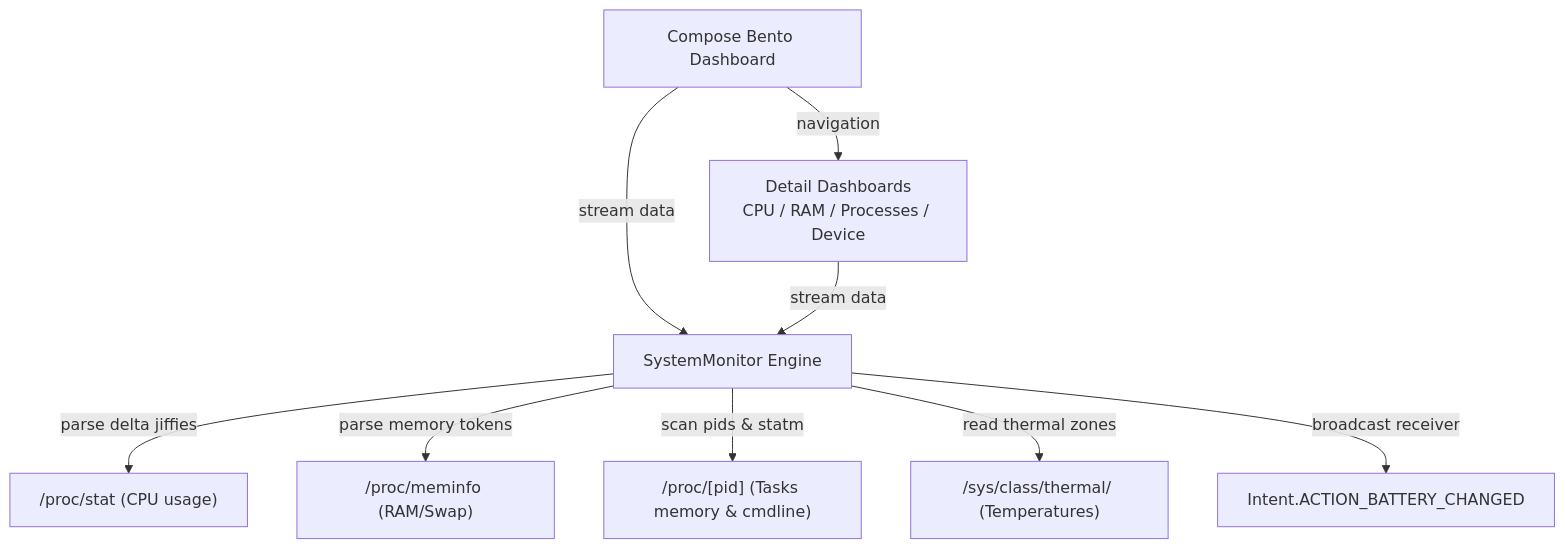
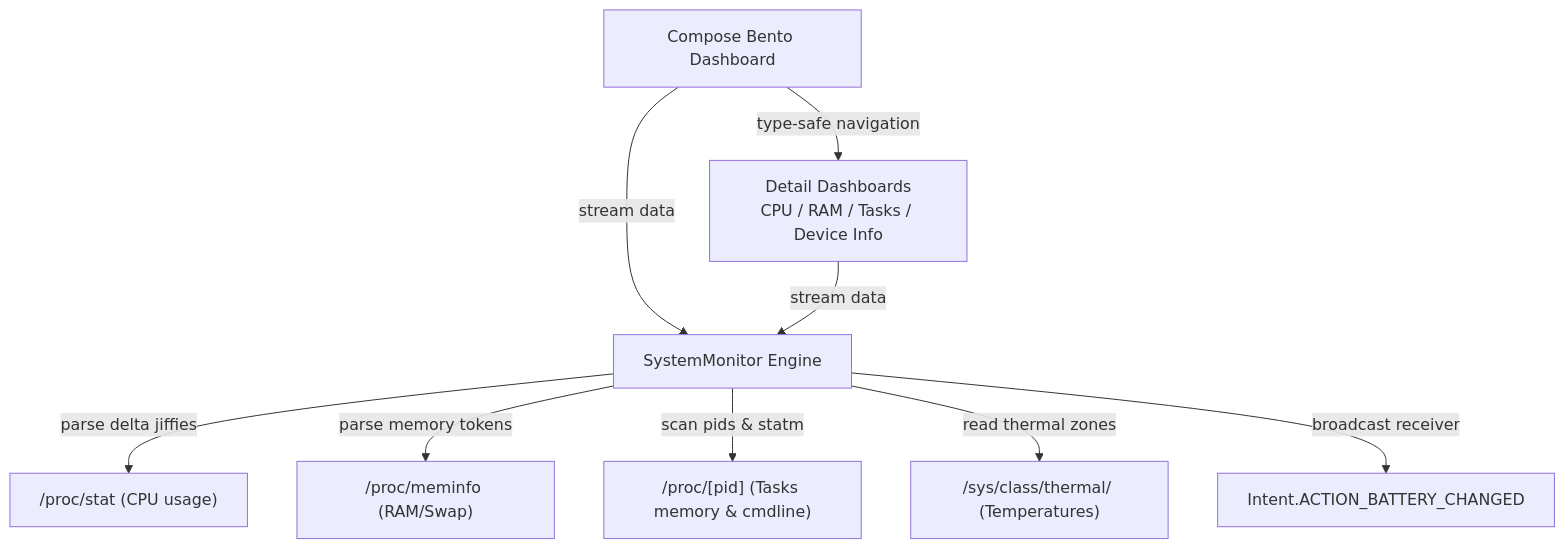
The diagram in DEVELOPMENT.md (qtremors/osyster), drawn with Mermaid before and after one commit. The commit also changed other lines of this file and 23 other files, not shown here.

````diff
--- a/DEVELOPMENT.md
+++ b/DEVELOPMENT.md
@@ -33,11 +45,11 @@
 ```mermaid
 graph TD
-    A["Compose Bento Dashboard"] -->|navigation| B["Detail Dashboards<br/>CPU / RAM / Processes / Device"]
+    A["Compose Bento Dashboard"] -->|type-safe navigation| B["Detail Dashboards<br/>CPU / RAM / Tasks / Device Info"]
     A -->|stream data| C["SystemMonitor Engine"]
     B -->|stream data| C
     C -->|parse delta jiffies| D["/proc/stat (CPU usage)"]
     C -->|parse memory tokens| E["/proc/meminfo (RAM/Swap)"]
     C -->|scan pids & statm| F["/proc/[pid] (Tasks memory & cmdline)"]
     C -->|read thermal zones| H["/sys/class/thermal/ (Temperatures)"]
     C -->|broadcast receiver| G["Intent.ACTION_BATTERY_CHANGED"]
 ```
````
